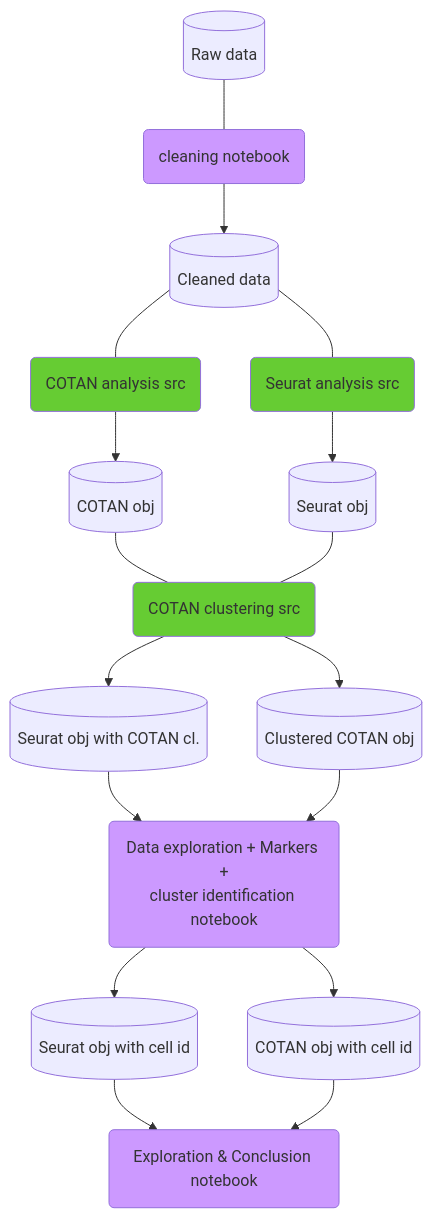
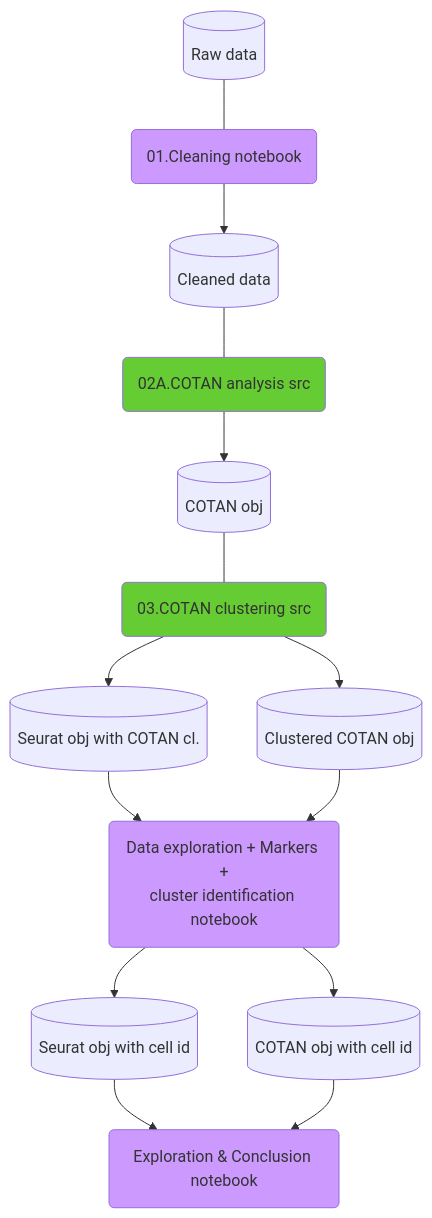
One commit to seriph78/RNA_editing_project_website.io changed the diagram in index.qmd. Above: the diagram before and after it, drawn with Mermaid. The commit also changed other lines of this file and 41 other files, not shown here.

````diff
--- a/index.qmd
+++ b/index.qmd
@@ -8,35 +7,32 @@
 ```{mermaid}
 flowchart TB
   
  
   
-  A[(Raw data)] --- t1(cleaning notebook) 
+  A[(Raw data)] --- t1(01.Cleaning notebook) 
   t1 --> B[(Cleaned data)]
-  B --- t2(COTAN analysis src)  --> C[(COTAN obj)]
+  B --- t2(02A.COTAN analysis src)  --> C[(COTAN obj)]
   
-  C --- t3(COTAN clustering src) --> D[(Clustered COTAN obj)] 
+  C --- t3(03.COTAN clustering src) --> D[(Clustered COTAN obj)] 
   
-  B --- t4(Seurat analysis src) --> E[(Seurat obj)]
-  
-  E --- t3
   
   t3 --> CD[(Seurat obj with COTAN cl.)]
   
   CD --> t5(Data exploration + Markers +<br>cluster identification notebook) 
   
   D --> t5
   
   t5 --> G[(Seurat obj with cell id)]
   t5 --> H[(COTAN obj with cell id)]
   
   G -->  t6(Exploration & Conclusion notebook) 
   H --> t6
   
   
   classDef src fill:#66cc33;
   classDef notebook fill:#cc99ff;
   
   class t1,t5,t6 notebook;
   class t2,t3,t4 src;
 
 ```
````
